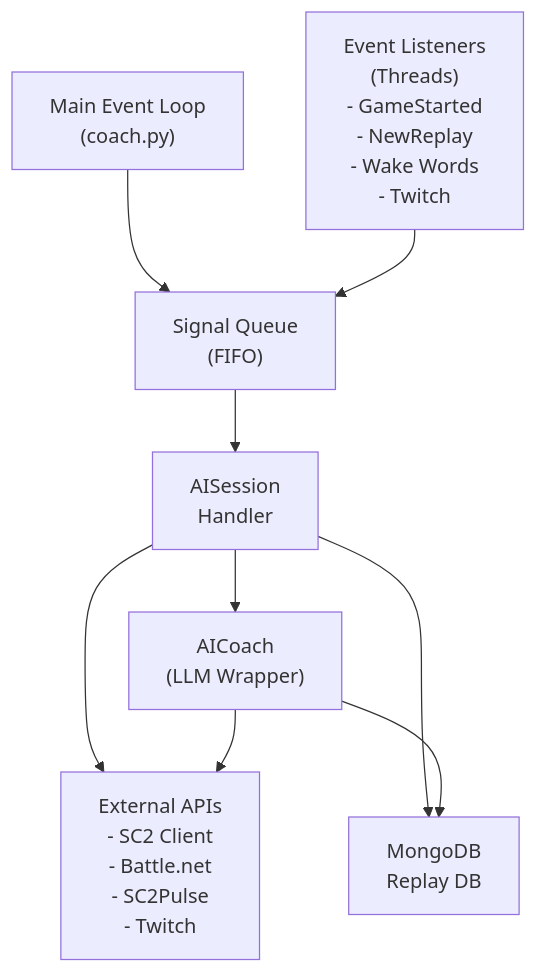
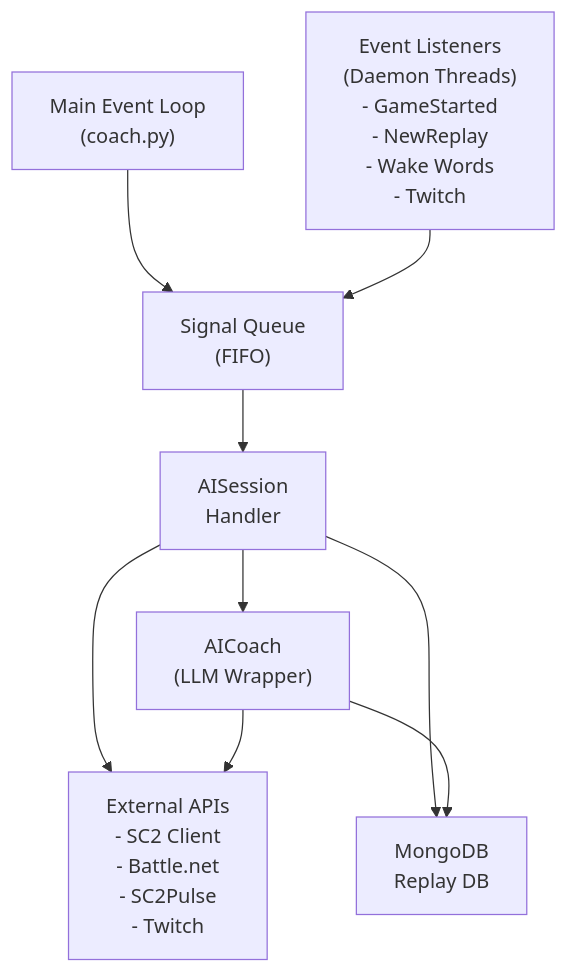
The first of 7 diagrams in spec/architecture.md (manuelseeger/sc2-ai-coach), drawn with Mermaid before and after one commit. The commit also changed other lines of this file and 1 other file, not shown here.

````diff
--- a/spec/architecture.md
+++ b/spec/architecture.md
@@ -20,33 +20,33 @@
 ```mermaid
 graph TD
     A["Main Event Loop
     (coach.py)"]
     Q["Signal Queue
     (FIFO)"]
     L["Event Listeners
-    (Threads)
+    (Daemon Threads)
     - GameStarted
     - NewReplay
     - Wake Words
     - Twitch"]
     S["AISession
     Handler"]
     C["AICoach
     (LLM Wrapper)"]
     E["External APIs
     - SC2 Client
     - Battle.net
     - SC2Pulse
     - Twitch"]
     DB["MongoDB
     Replay DB"]
     
     A --> Q
     Q --> S
     L --> Q
     S --> C
     S --> E
     S --> DB
     C --> E
     C --> DB
 ```
````
